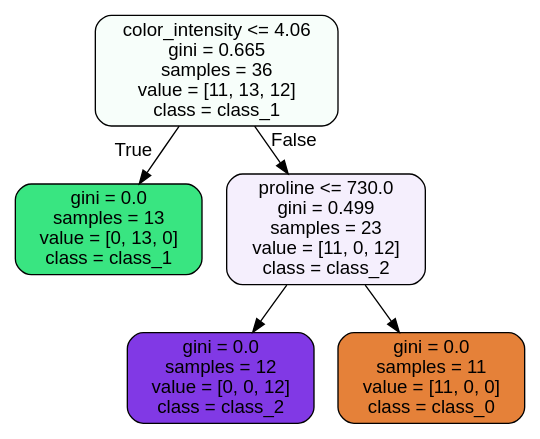
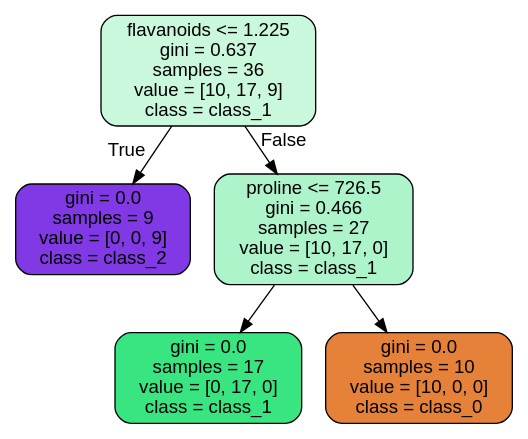
One commit to JoseDeJesusMendozaBecerril/Practica4_MineriaDeDatos changed the diagram in images/decision_trees/wine_tree_test.dot. Above: the diagram before and after it, drawn with Graphviz. The commit also changed 9 other files, not shown here.

```diff
--- a/images/decision_trees/wine_tree_test.dot
+++ b/images/decision_trees/wine_tree_test.dot
@@ -1,13 +1,13 @@
 digraph Tree {
 node [shape=box, style="filled, rounded", color="black", fontname=helvetica] ;
 edge [fontname=helvetica] ;
-0 [label="color_intensity <= 4.06\ngini = 0.665\nsamples = 36\nvalue = [11, 13, 12]\nclass = class_1", fillcolor="#f7fefa"] ;
-1 [label="gini = 0.0\nsamples = 13\nvalue = [0, 13, 0]\nclass = class_1", fillcolor="#39e581"] ;
+0 [label="flavanoids <= 1.225\ngini = 0.637\nsamples = 36\nvalue = [10, 17, 9]\nclass = class_1", fillcolor="#caf8dd"] ;
+1 [label="gini = 0.0\nsamples = 9\nvalue = [0, 0, 9]\nclass = class_2", fillcolor="#8139e5"] ;
 0 -> 1 [labeldistance=2.5, labelangle=45, headlabel="True"] ;
-2 [label="proline <= 730.0\ngini = 0.499\nsamples = 23\nvalue = [11, 0, 12]\nclass = class_2", fillcolor="#f5effd"] ;
+2 [label="proline <= 726.5\ngini = 0.466\nsamples = 27\nvalue = [10, 17, 0]\nclass = class_1", fillcolor="#adf4cb"] ;
 0 -> 2 [labeldistance=2.5, labelangle=-45, headlabel="False"] ;
-3 [label="gini = 0.0\nsamples = 12\nvalue = [0, 0, 12]\nclass = class_2", fillcolor="#8139e5"] ;
+3 [label="gini = 0.0\nsamples = 17\nvalue = [0, 17, 0]\nclass = class_1", fillcolor="#39e581"] ;
 2 -> 3 ;
-4 [label="gini = 0.0\nsamples = 11\nvalue = [11, 0, 0]\nclass = class_0", fillcolor="#e58139"] ;
+4 [label="gini = 0.0\nsamples = 10\nvalue = [10, 0, 0]\nclass = class_0", fillcolor="#e58139"] ;
 2 -> 4 ;
 }
```
